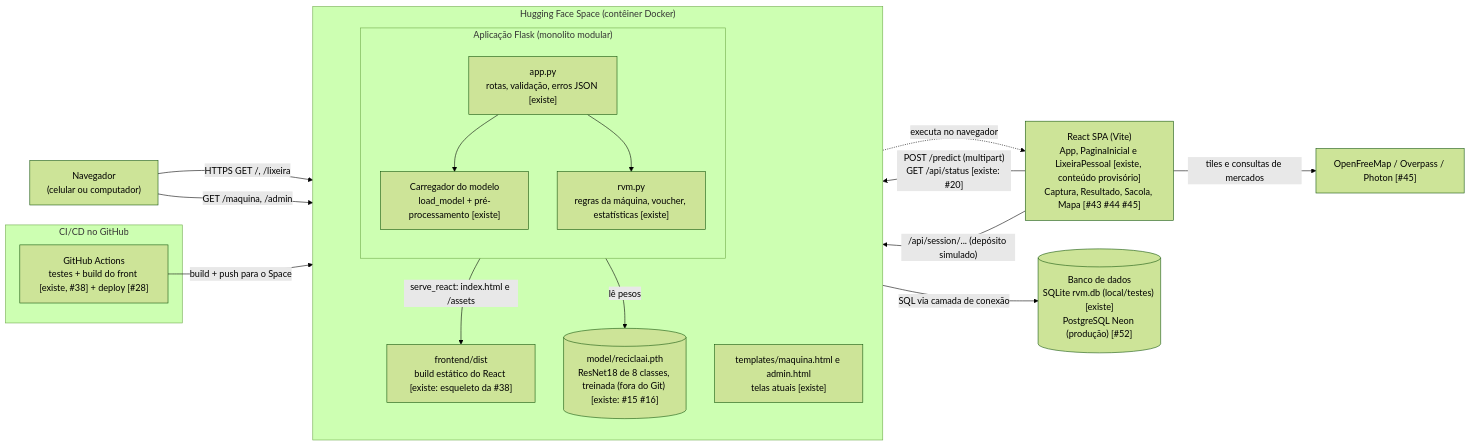
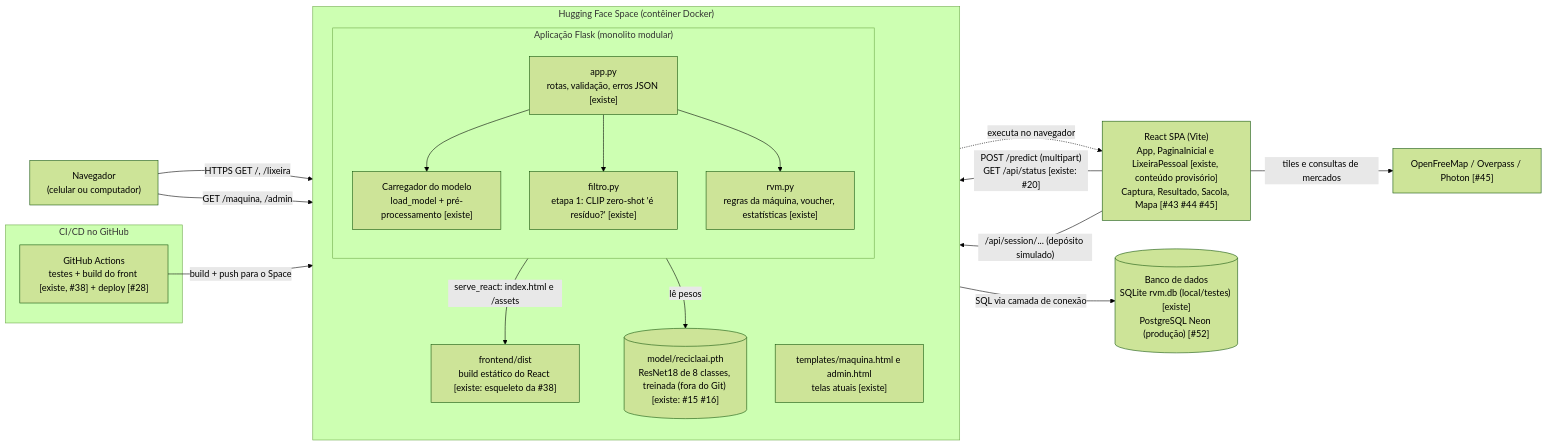
The second of 4 diagrams in docs/arquitetura/arquitetura.md (Ronald-Jesus/reciclaai), drawn with Mermaid (forest theme) before and after one commit. The commit also changed other lines of this file and 16 other files, not shown here.

First line of the commit message:
feat: IA em 2 etapas, com filtro CLIP antes do classificador (ADR-002)

````diff
--- a/docs/arquitetura/arquitetura.md
+++ b/docs/arquitetura/arquitetura.md
@@ -37,38 +37,40 @@
 ```mermaid
 flowchart LR
     usuario["Navegador<br/>(celular ou computador)"]
 
     subgraph hfspace["Hugging Face Space (contêiner Docker)"]
         direction TB
         subgraph flaskapp["Aplicação Flask (monolito modular)"]
             direction TB
             appPy["app.py<br/>rotas, validação, erros JSON [existe]"]
             loader["Carregador do modelo<br/>load_model + pré-processamento [existe]"]
+            filtroPy["filtro.py<br/>etapa 1: CLIP zero-shot 'é resíduo?' [existe]"]
             rvmPy["rvm.py<br/>regras da máquina, voucher, estatísticas [existe]"]
         end
         pth[("model/reciclaai.pth<br/>ResNet18 de 8 classes, treinada (fora do Git) [existe: #15 #16]")]
         dist["frontend/dist<br/>build estático do React [existe: esqueleto da #38]"]
         tmpl["templates/maquina.html e admin.html<br/>telas atuais [existe]"]
     end
 
     spa["React SPA (Vite)<br/>App, PaginaInicial e LixeiraPessoal [existe, conteúdo provisório]<br/>Captura, Resultado, Sacola, Mapa [#43 #44 #45]"]
     db[("Banco de dados<br/>SQLite rvm.db (local/testes) [existe]<br/>PostgreSQL Neon (produção) [#52]")]
     osm["OpenFreeMap / Overpass / Photon [#45]"]
 
     subgraph cicd["CI/CD no GitHub"]
         actions["GitHub Actions<br/>testes + build do front [existe, #38] + deploy [#28]"]
     end
 
     usuario -->|"HTTPS GET /, /lixeira"| appPy
     appPy -->|"serve_react: index.html e /assets"| dist
     dist -.->|"executa no navegador"| spa
     spa -->|"POST /predict (multipart)<br/>GET /api/status [existe: #20]"| appPy
     spa -->|"/api/session/... (depósito simulado)"| appPy
     usuario -->|"GET /maquina, /admin"| tmpl
     appPy --> loader
     loader -->|"lê pesos"| pth
+    appPy --> filtroPy
     appPy --> rvmPy
     rvmPy -->|"SQL via camada de conexão"| db
     spa -->|"tiles e consultas de mercados"| osm
     actions -->|"build + push para o Space"| hfspace
 ```
````
